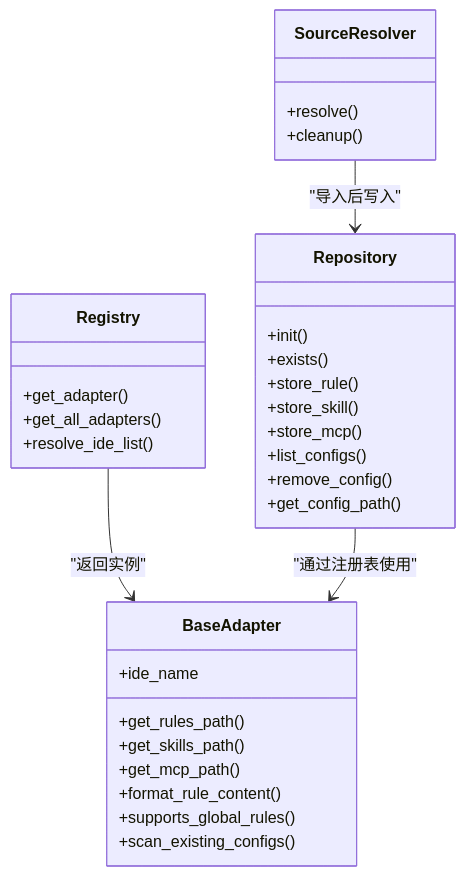
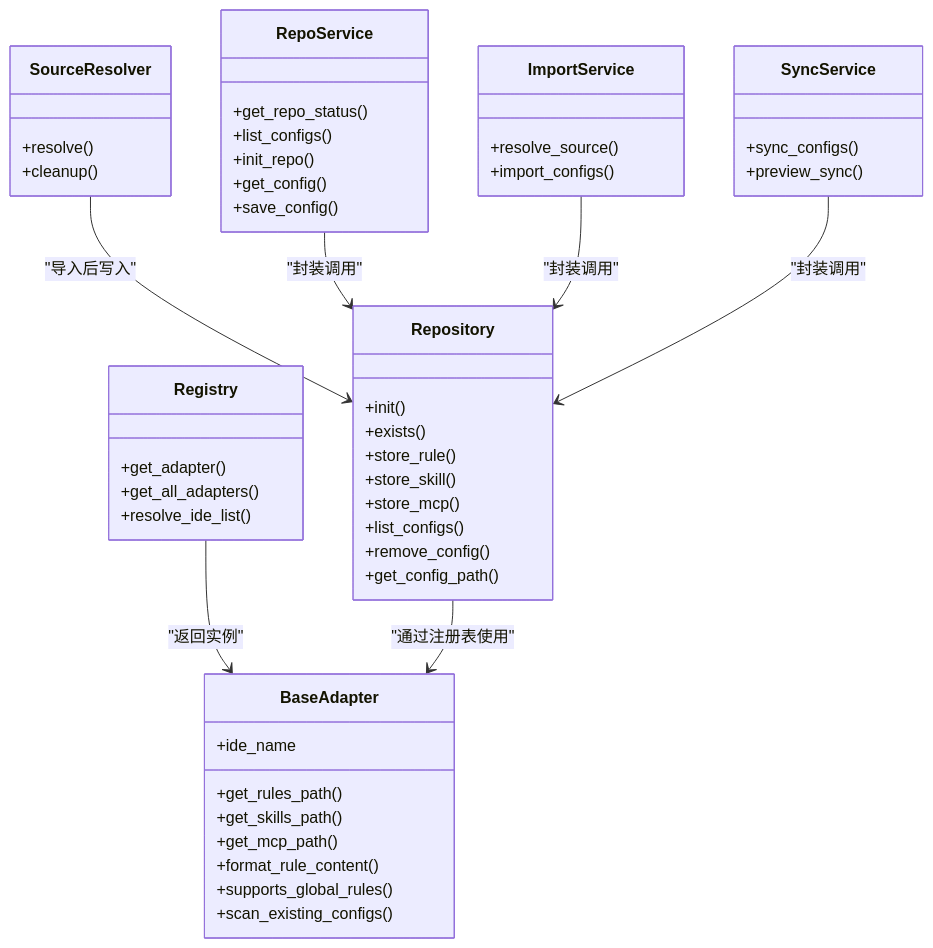
One commit to MapleWan/MSR changed the third of 3 diagrams in .qoder/repowiki/zh/content/命令参考手册/命令参考手册.md. Above: the diagram before and after it, drawn with Mermaid. The commit also changed other lines of this file and 13 other files, not shown here.

````diff
--- a/.qoder/repowiki/zh/content/命令参考手册/命令参考手册.md
+++ b/.qoder/repowiki/zh/content/命令参考手册/命令参考手册.md
@@ -277,34 +403,52 @@
 ```mermaid
 classDiagram
 class BaseAdapter {
 +ide_name
 +get_rules_path()
 +get_skills_path()
 +get_mcp_path()
 +format_rule_content()
 +supports_global_rules()
 +scan_existing_configs()
 }
 class Registry {
 +get_adapter()
 +get_all_adapters()
 +resolve_ide_list()
 }
 class Repository {
 +init()
 +exists()
 +store_rule()
 +store_skill()
 +store_mcp()
 +list_configs()
 +remove_config()
 +get_config_path()
 }
 class SourceResolver {
 +resolve()
 +cleanup()
 }
+class RepoService {
++get_repo_status()
++list_configs()
++init_repo()
++get_config()
++save_config()
+}
+class ImportService {
++resolve_source()
++import_configs()
+}
+class SyncService {
++sync_configs()
++preview_sync()
+}
 Registry --> BaseAdapter : "返回实例"
 Repository --> BaseAdapter : "通过注册表使用"
 SourceResolver --> Repository : "导入后写入"
+RepoService --> Repository : "封装调用"
+ImportService --> Repository : "封装调用"
+SyncService --> Repository : "封装调用"
 ```
````
